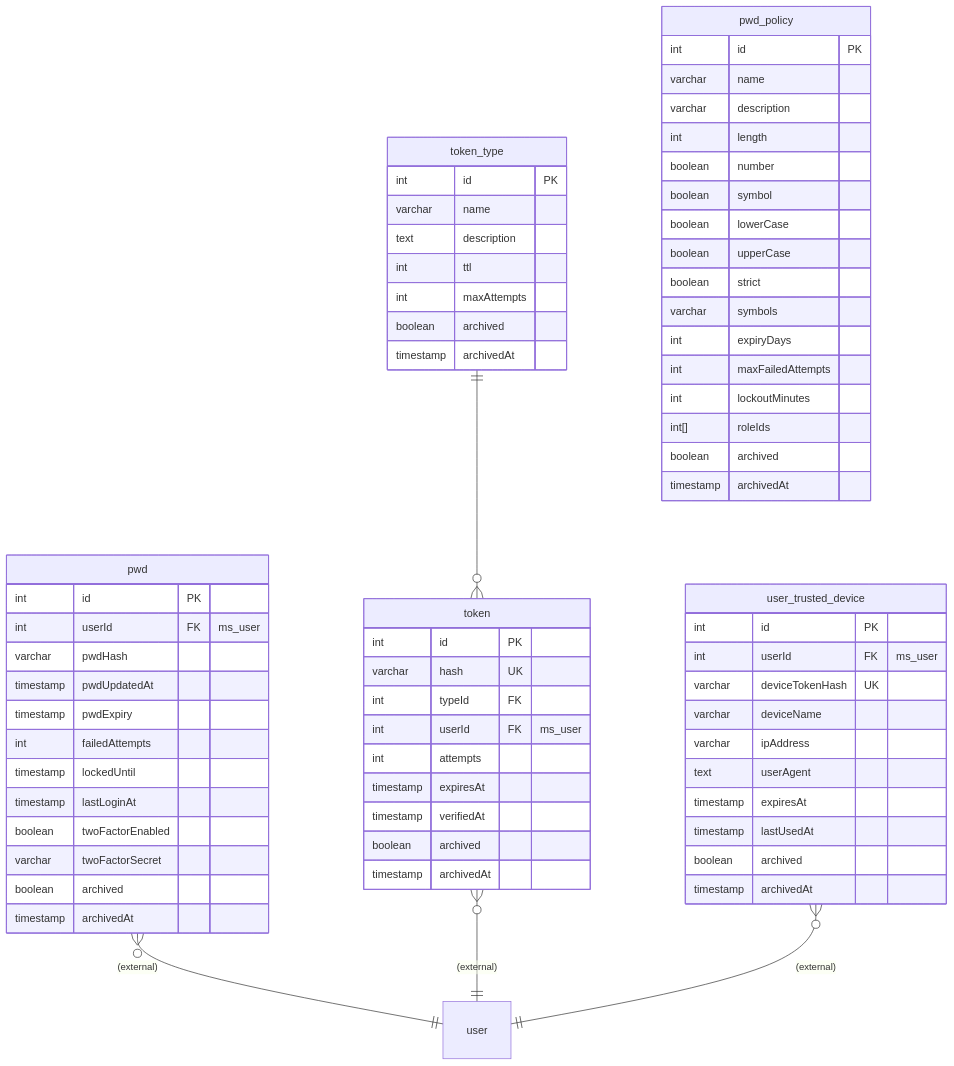
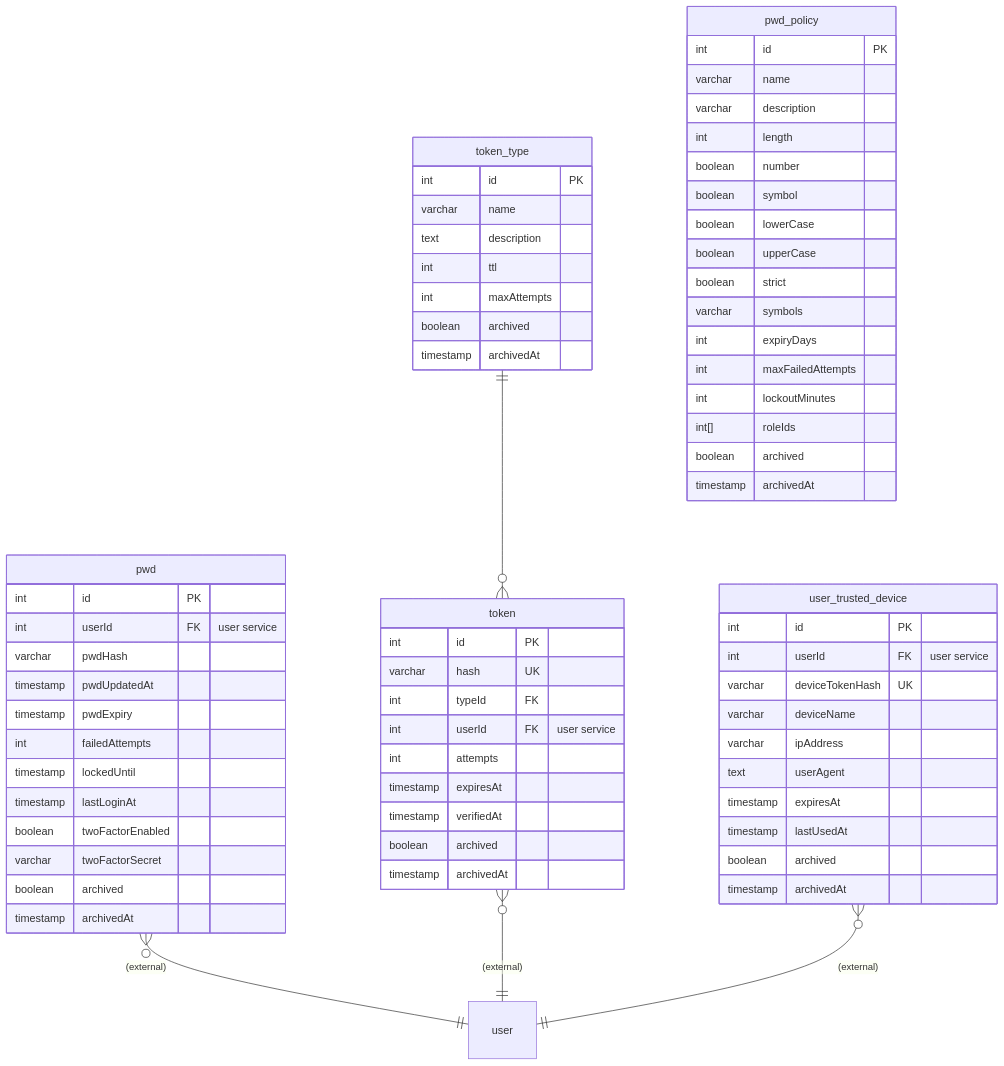
Before and after one commit to ALTEN-group/Foxnox: the first of 2 diagrams in doc/erd.md, drawn with Mermaid. The commit also changed other lines of this file and 44 other files, not shown here.

```diff
--- a/doc/erd.md
+++ b/doc/erd.md
@@ -14,7 +14,7 @@
 
   pwd {
     int id PK
-    int userId FK "ms_user"
+    int userId FK "user service"
     varchar pwdHash
     timestamp pwdUpdatedAt
     timestamp pwdExpiry
@@ -60,7 +60,7 @@
     int id PK
     varchar hash UK
     int typeId FK
-    int userId FK "ms_user"
+    int userId FK "user service"
     int attempts
     timestamp expiresAt
     timestamp verifiedAt
@@ -70,7 +70,7 @@
 
   user_trusted_device {
     int id PK
-    int userId FK "ms_user"
+    int userId FK "user service"
     varchar deviceTokenHash UK
     varchar deviceName
     varchar ipAddress
```
